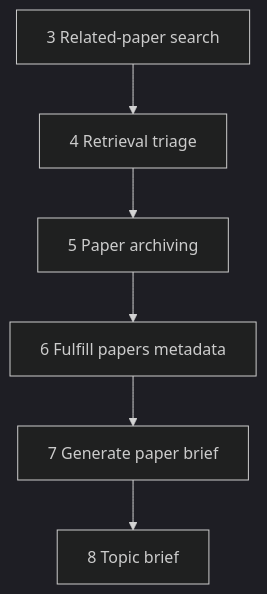
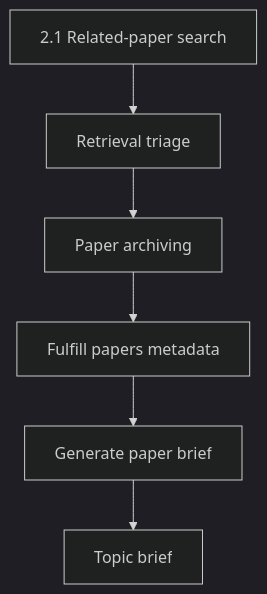
The diagram in docs/specs/05-paper-archiving.md (GustavoRusso/paper-reviewer), drawn with Mermaid (dark theme) before and after one commit. The commit also changed other lines of this file and 9 other files, not shown here.

Commit message:
review of the 2.1-related-paper-search.md to redefine how it get the required data from the TopicScope + TopicFaced created in previous phase of the workflow

````diff
--- a/docs/specs/05-paper-archiving.md
+++ b/docs/specs/05-paper-archiving.md
@@ -50,14 +50,14 @@
 ```mermaid
 flowchart TB
-  search[3 Related-paper search]
-  triage[4 Retrieval triage]
-  archive[5 Paper archiving]
-  fulfill[6 Fulfill papers metadata]
-  briefs[7 Generate paper brief]
-  topic[8 Topic brief]
+  search[2.1 Related-paper search]
+  triage[Retrieval triage]
+  archive[Paper archiving]
+  fulfill[Fulfill papers metadata]
+  briefs[Generate paper brief]
+  topic[Topic brief]
   search --> triage
   triage --> archive
   archive --> fulfill
   fulfill --> briefs
   briefs --> topic
 ```
````
